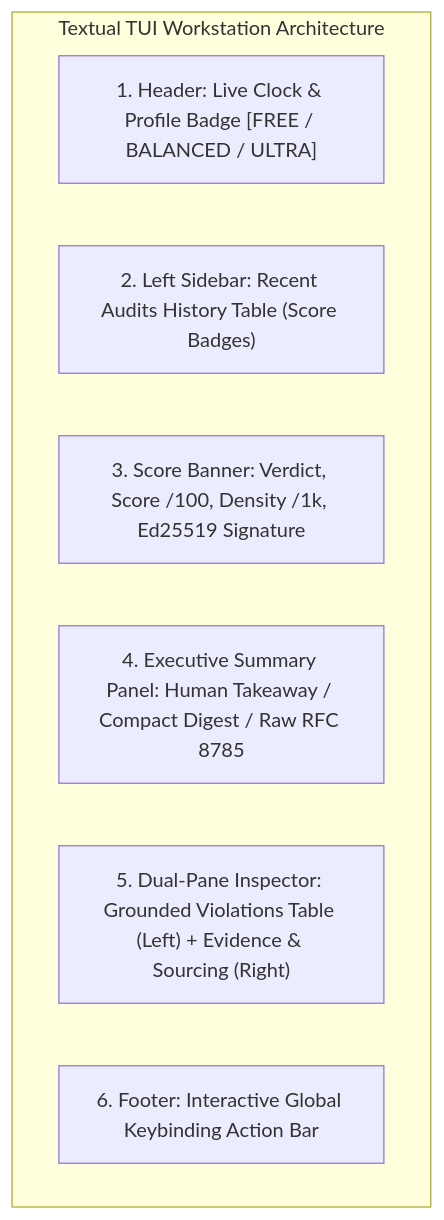
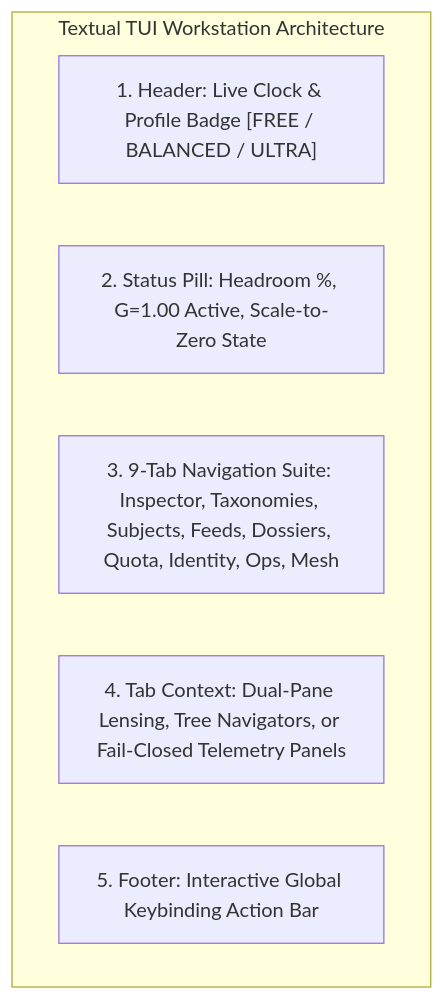
The diagram in docs/integrations/tui-workstation.md (artibyrd/credence-docs), drawn with Mermaid before and after one commit. The commit also changed other lines of this file and 5 other files, not shown here.

````diff
--- a/docs/integrations/tui-workstation.md
+++ b/docs/integrations/tui-workstation.md
@@ -49,11 +50,10 @@
 ```mermaid
 graph TD
     subgraph Textual TUI Workstation Architecture
         Header["1. Header: Live Clock & Profile Badge [FREE / BALANCED / ULTRA]"]
-        Sidebar["2. Left Sidebar: Recent Audits History Table (Score Badges)"]
-        Banner["3. Score Banner: Verdict, Score /100, Density /1k, Ed25519 Signature"]
-        Summary["4. Executive Summary Panel: Human Takeaway / Compact Digest / Raw RFC 8785"]
-        Split["5. Dual-Pane Inspector: Grounded Violations Table (Left) + Evidence & Sourcing (Right)"]
-        Footer["6. Footer: Interactive Global Keybinding Action Bar"]
+        Status["2. Status Pill: Headroom %, G=1.00 Active, Scale-to-Zero State"]
+        Tabs["3. 9-Tab Navigation Suite: Inspector, Taxonomies, Subjects, Feeds, Dossiers, Quota, Identity, Ops, Mesh"]
+        Split["4. Tab Context: Dual-Pane Lensing, Tree Navigators, or Fail-Closed Telemetry Panels"]
+        Footer["5. Footer: Interactive Global Keybinding Action Bar"]
     end
 ```
````
